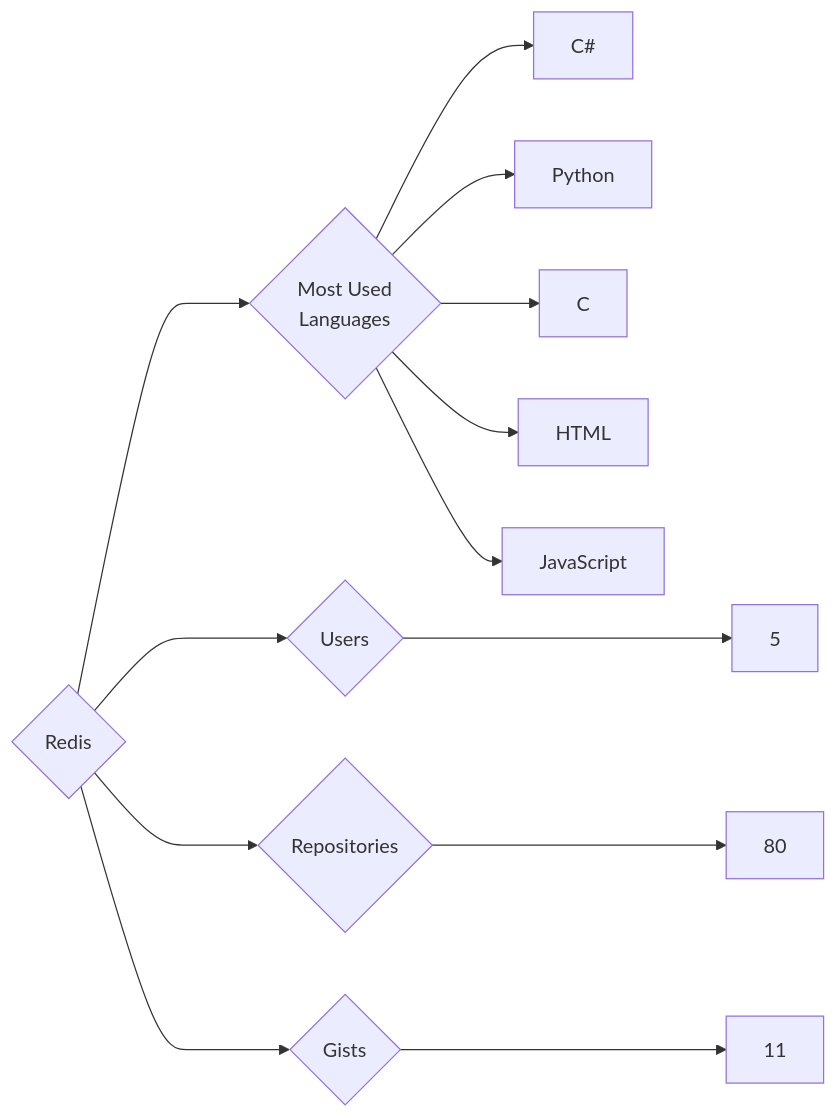
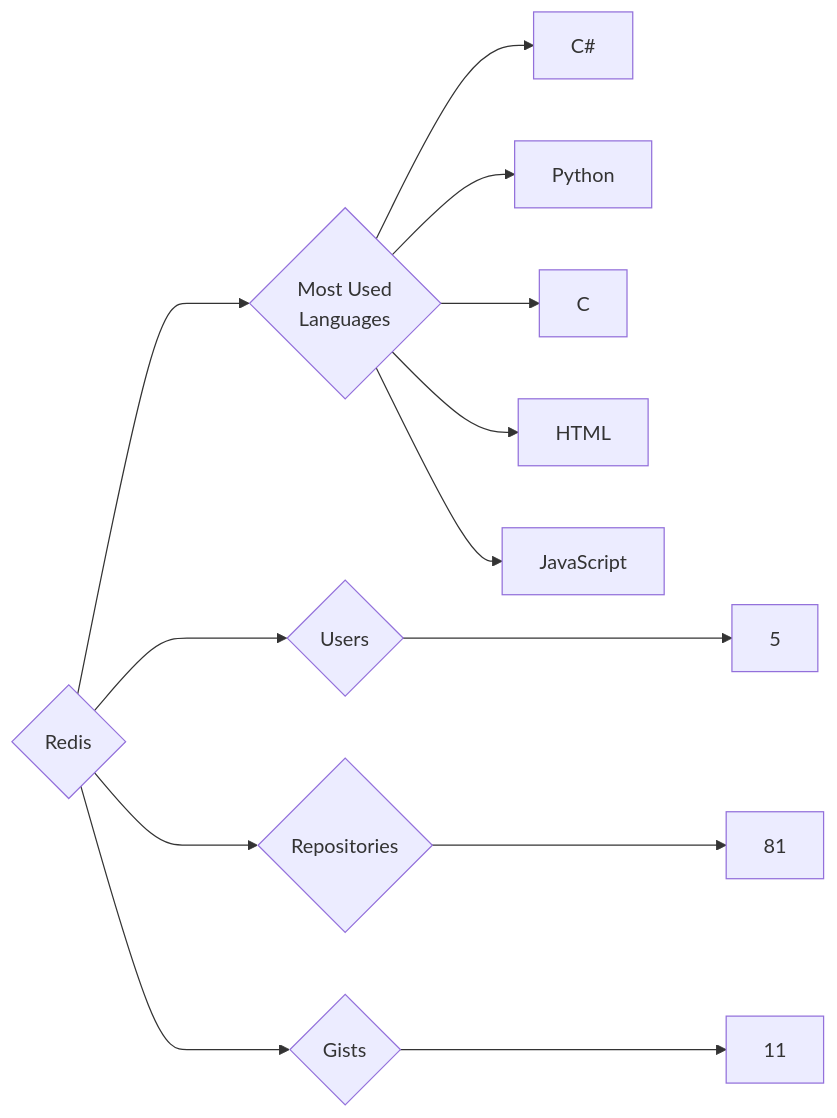
One commit to trickest/insiders changed the diagram in targets/Redis/README.md. Above: the diagram before and after it, drawn with Mermaid. The commit also changed 976 other files, not shown here.

````diff
--- a/targets/Redis/README.md
+++ b/targets/Redis/README.md
@@ -3,13 +3,13 @@
 ```mermaid
 graph LR
 COMPANY_NAME{Redis}
 COMPANY_NAME ---> U{Users} ---> UN[5]
-COMPANY_NAME ---> R{Repositories} ---> RN[80]
+COMPANY_NAME ---> R{Repositories} ---> RN[81]
 COMPANY_NAME ---> G{Gists} ---> GN[11]
 COMPANY_NAME ---> ML{Most Used<br>Languages}
 ML --> C#[C#]
 ML --> Python[Python]
 ML --> C[C]
 ML --> HTML[HTML]
 ML --> JavaScript[JavaScript]
 ```
````
